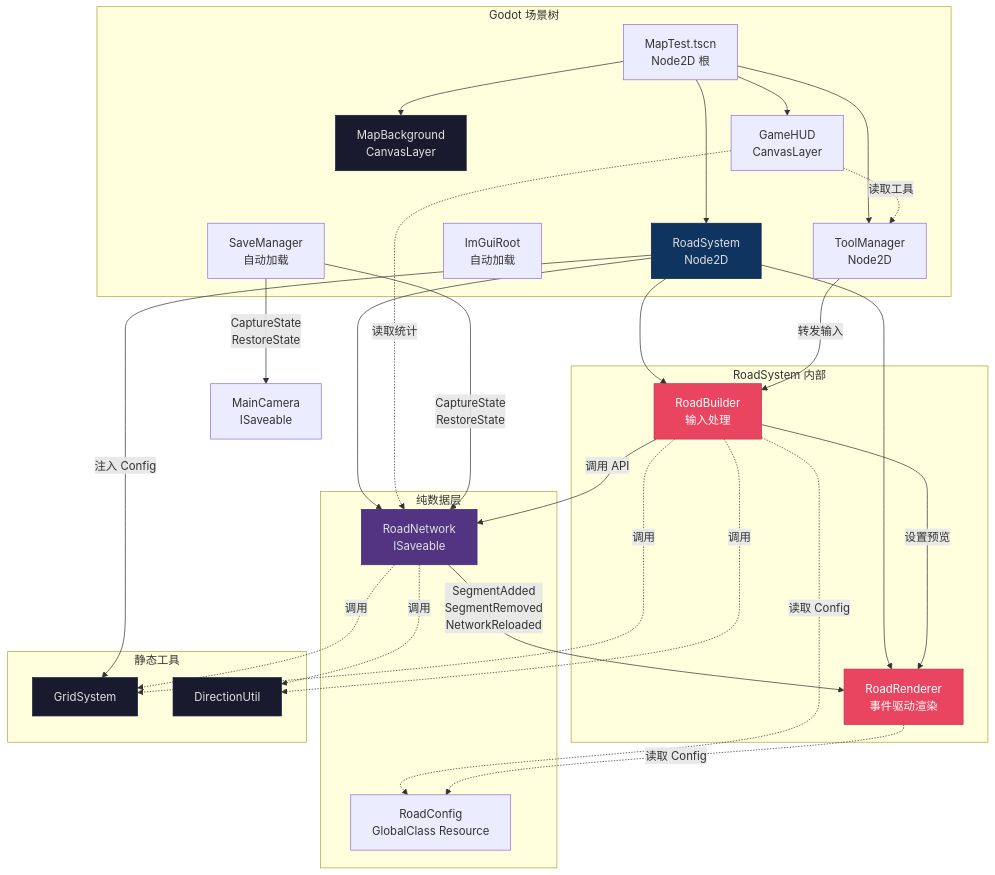
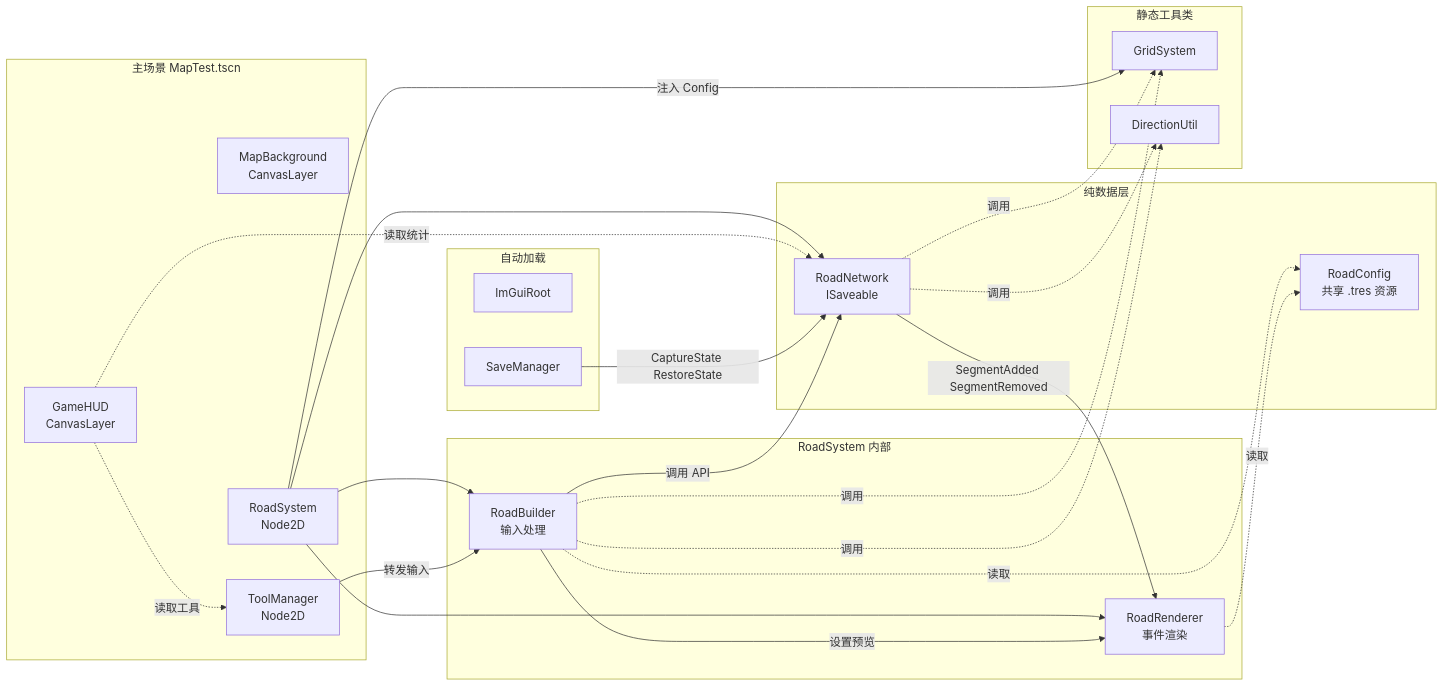
The first of 9 diagrams in docs/game-logic.md (xianfishyu/SimpleCities), drawn with Mermaid before and after one commit. The commit also changed other lines of this file, not shown here.

First line of the commit message:
#文档：统一所有Mermaid图为flowchart并修复渲染问题

````diff
--- a/docs/game-logic.md
+++ b/docs/game-logic.md
@@ -9,64 +9,52 @@
 ```mermaid
-graph TB
-    subgraph Godot["Godot 场景树"]
-        MapTest["MapTest.tscn<br/>Node2D 根"]
+flowchart LR
+    subgraph Autoload["自动加载"]
+        ImGuiRoot["ImGuiRoot"]
+        SaveMgr["SaveManager"]
+    end
+
+    subgraph SceneTree["主场景 MapTest.tscn"]
         MapBg["MapBackground<br/>CanvasLayer"]
         RoadSys["RoadSystem<br/>Node2D"]
         ToolMgr["ToolManager<br/>Node2D"]
         GameHUD["GameHUD<br/>CanvasLayer"]
-        ImGuiRoot["ImGuiRoot<br/>自动加载"]
-        SaveMgr["SaveManager<br/>自动加载"]
     end
 
-    subgraph RoadSys_internal["RoadSystem 内部"]
+    subgraph RoadInternal["RoadSystem 内部"]
         RoadBuilder["RoadBuilder<br/>输入处理"]
-        RoadRenderer["RoadRenderer<br/>事件驱动渲染"]
+        RoadRenderer["RoadRenderer<br/>事件渲染"]
     end
 
     subgraph Data["纯数据层"]
         RoadNetwork["RoadNetwork<br/>ISaveable"]
-        RoadConfig["RoadConfig<br/>GlobalClass Resource"]
+        RoadConfig["RoadConfig<br/>共享 .tres 资源"]
     end
 
-    subgraph StaticUtils["静态工具"]
+    subgraph Util["静态工具类"]
         GridSystem["GridSystem"]
         DirectionUtil["DirectionUtil"]
     end
 
-    MapTest --> MapBg
-    MapTest --> RoadSys
-    MapTest --> ToolMgr
-    MapTest --> GameHUD
-
     RoadSys --> RoadBuilder
     RoadSys --> RoadRenderer
     RoadSys --> RoadNetwork
-    RoadSys -->|"注入 Config"| GridSystem
+    RoadSys -->|注入 Config| GridSystem
 
-    RoadBuilder -->|"调用 API"| RoadNetwork
-    RoadBuilder -->|"设置预览"| RoadRenderer
-    RoadBuilder -.->|"读取 Config"| RoadConfig
+    RoadBuilder -->|调用 API| RoadNetwork
+    RoadBuilder -->|设置预览| RoadRenderer
+    RoadBuilder -.读取.-> RoadConfig
+    RoadBuilder -.调用.-> GridSystem
+    RoadBuilder -.调用.-> DirectionUtil
 
-    RoadNetwork -->|"SegmentAdded<br/>SegmentRemoved<br/>NetworkReloaded"| RoadRenderer
+    RoadNetwork -->|SegmentAdded SegmentRemoved| RoadRenderer
+    RoadNetwork -.调用.-> GridSystem
+    RoadNetwork -.调用.-> DirectionUtil
 
-    RoadRenderer -.->|"读取 Config"| RoadConfig
-    RoadBuilder -.->|"调用"| GridSystem
-    RoadBuilder -.->|"调用"| DirectionUtil
-    RoadNetwork -.->|"调用"| GridSystem
-    RoadNetwork -.->|"调用"| DirectionUtil
+    RoadRenderer -.读取.-> RoadConfig
 
-    ToolMgr -->|"转发输入"| RoadBuilder
-    GameHUD -.->|"读取统计"| RoadNetwork
-    GameHUD -.->|"读取工具"| ToolMgr
+    ToolMgr -->|转发输入| RoadBuilder
+    GameHUD -.读取统计.-> RoadNetwork
+    GameHUD -.读取工具.-> ToolMgr
 
-    SaveMgr -->|"CaptureState<br/>RestoreState"| RoadNetwork
-    SaveMgr -->|"CaptureState<br/>RestoreState"| MainCamera["MainCamera<br/>ISaveable"]
-
-    style MapBg fill:#1a1a2e,stroke:#16213e,color:#e0e0e0
-    style RoadSys fill:#0f3460,stroke:#16213e,color:#e0e0e0
-    style RoadNetwork fill:#533483,stroke:#3d2c6b,color:#e0e0e0
-    style RoadBuilder fill:#e94560,stroke:#c23152,color:#fff
-    style RoadRenderer fill:#e94560,stroke:#c23152,color:#fff
-    style GridSystem fill:#1a1a2e,stroke:#16213e,color:#e0e0e0
-    style DirectionUtil fill:#1a1a2e,stroke:#16213e,color:#e0e0e0
+    SaveMgr -->|CaptureState RestoreState| RoadNetwork
 ```
````
